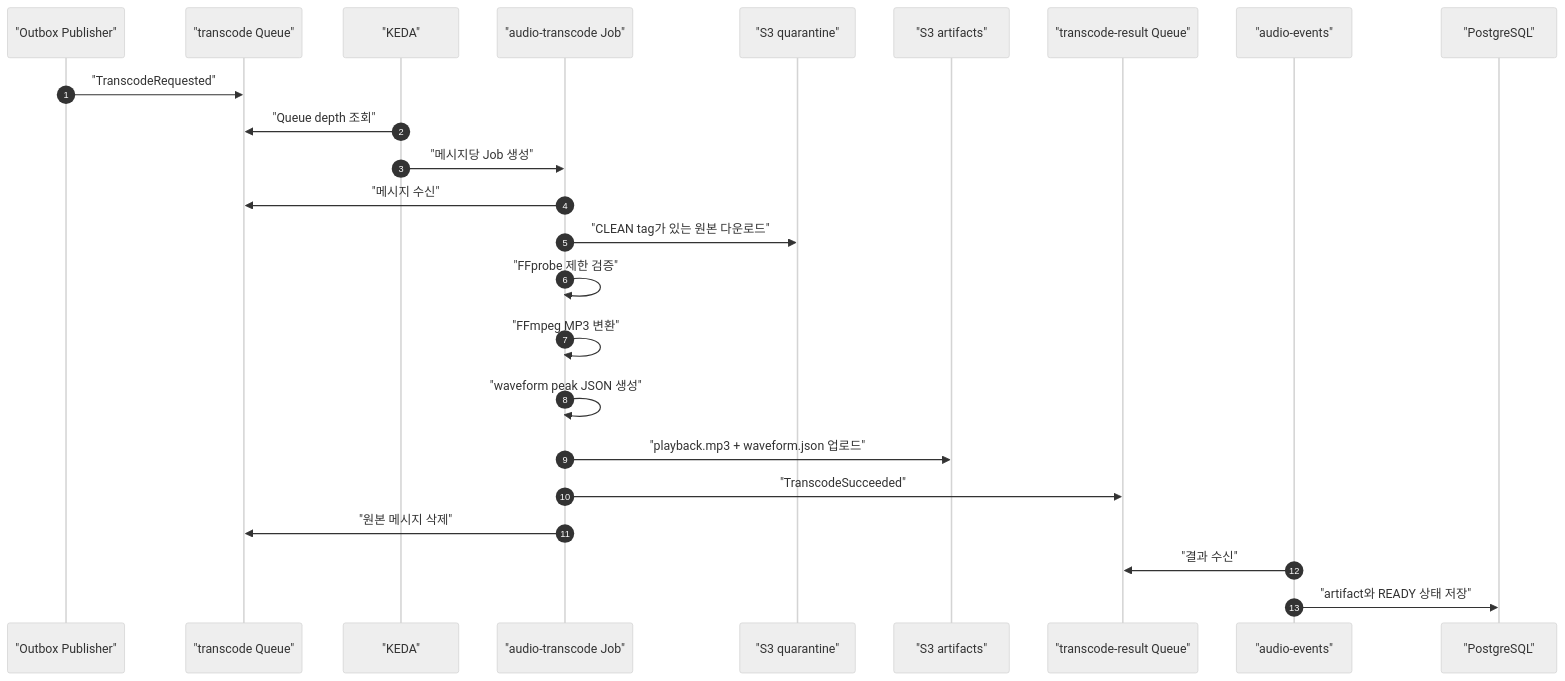
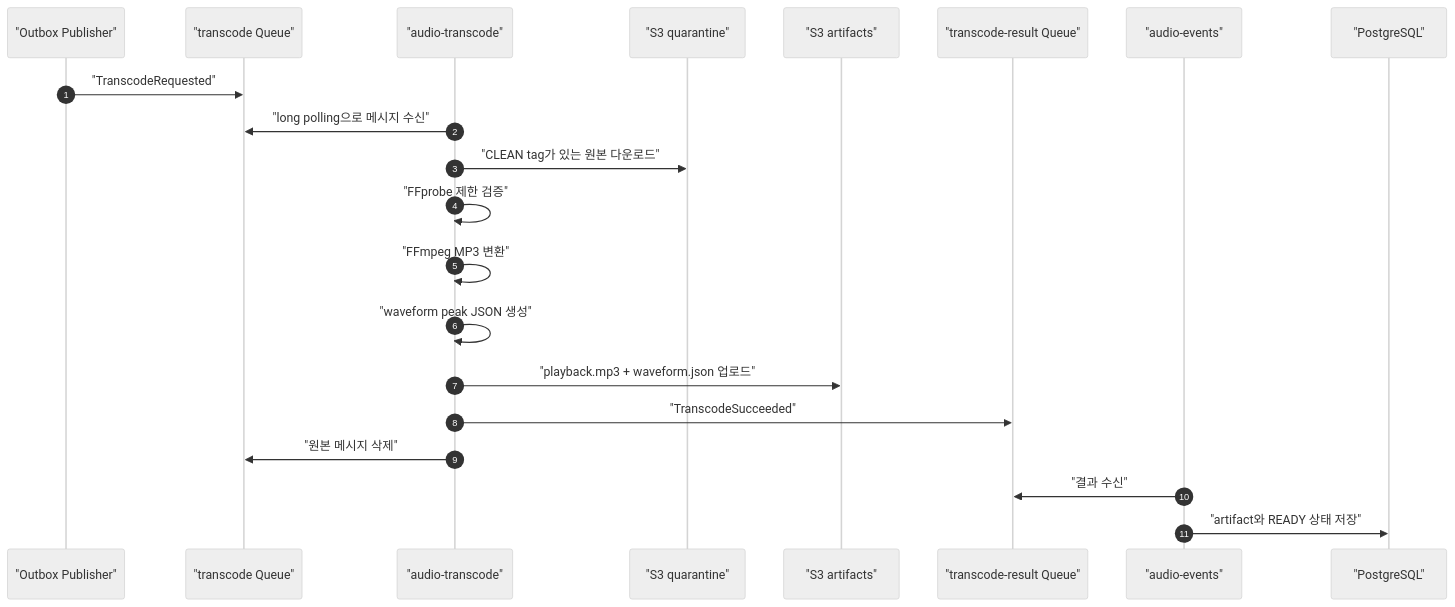
The third of 5 diagrams in docs/audio-service-architecture.md (project-cantaloupe/03-app-audio), drawn with Mermaid (neutral theme) before and after one commit. The commit also changed other lines of this file and 1 other file, not shown here.

Commit message:
docs: make worker autoscaling optional

````diff
--- a/docs/audio-service-architecture.md
+++ b/docs/audio-service-architecture.md
@@ -214,27 +208,24 @@
 ```mermaid
 sequenceDiagram
     autonumber
     participant Outbox as "Outbox Publisher"
     participant Q as "transcode Queue"
-    participant KEDA as "KEDA"
-    participant Worker as "audio-transcode Job"
+    participant Worker as "audio-transcode"
     participant Source as "S3 quarantine"
     participant Artifact as "S3 artifacts"
     participant Result as "transcode-result Queue"
     participant Events as "audio-events"
     participant DB as "PostgreSQL"
 
     Outbox->>Q: "TranscodeRequested"
-    KEDA->>Q: "Queue depth 조회"
-    KEDA->>Worker: "메시지당 Job 생성"
-    Worker->>Q: "메시지 수신"
+    Worker->>Q: "long polling으로 메시지 수신"
     Worker->>Source: "CLEAN tag가 있는 원본 다운로드"
     Worker->>Worker: "FFprobe 제한 검증"
     Worker->>Worker: "FFmpeg MP3 변환"
     Worker->>Worker: "waveform peak JSON 생성"
     Worker->>Artifact: "playback.mp3 + waveform.json 업로드"
     Worker->>Result: "TranscodeSucceeded"
     Worker->>Q: "원본 메시지 삭제"
     Events->>Result: "결과 수신"
     Events->>DB: "artifact와 READY 상태 저장"
 ```
````
